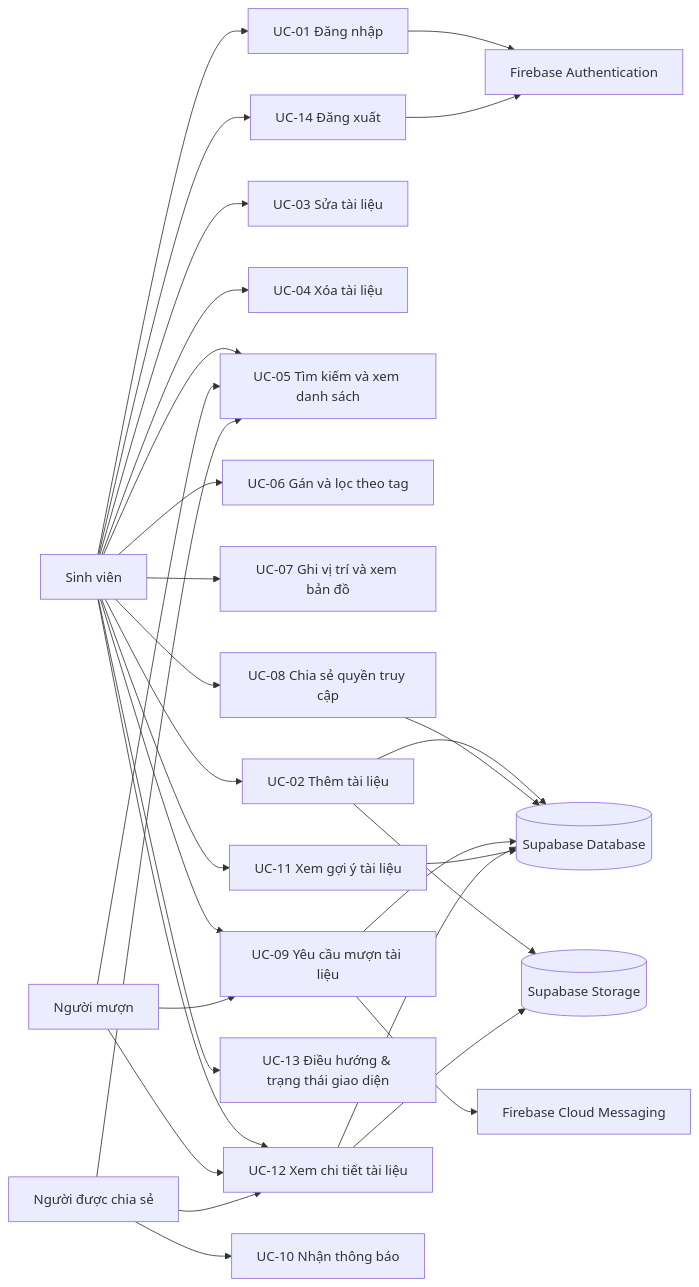
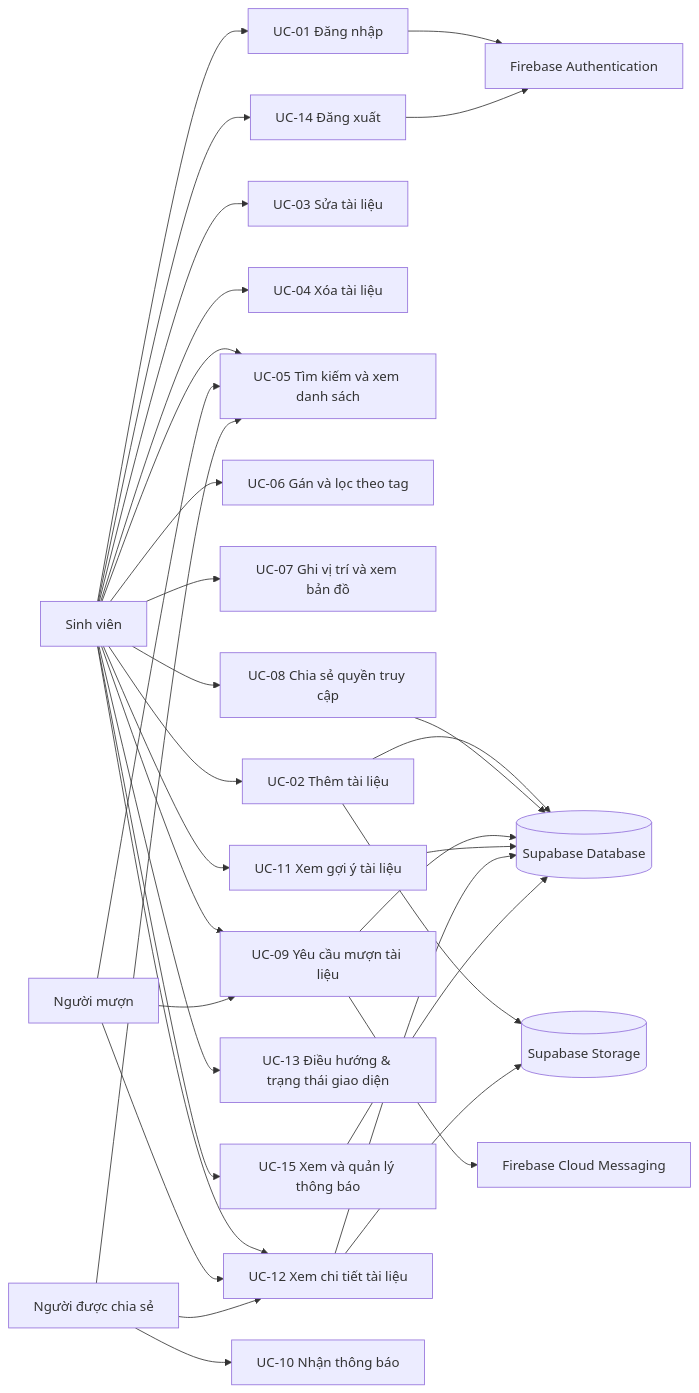
One commit to Minh-lab/document-management changed the diagram in nhom03-65ktpm/docs/DAC_TA_USECASE.md. Above: the diagram before and after it, drawn with Mermaid. The commit also changed other lines of this file and 8 other files, not shown here.

````diff
--- a/nhom03-65ktpm/docs/DAC_TA_USECASE.md
+++ b/nhom03-65ktpm/docs/DAC_TA_USECASE.md
@@ -29,34 +30,36 @@
 ```mermaid
 graph LR
   U[Sinh viên] --> UC01[UC-01 Đăng nhập]
   U --> UC02[UC-02 Thêm tài liệu]
   U --> UC03[UC-03 Sửa tài liệu]
   U --> UC04[UC-04 Xóa tài liệu]
   U --> UC05[UC-05 Tìm kiếm và xem danh sách]
   U --> UC06[UC-06 Gán và lọc theo tag]
   U --> UC07[UC-07 Ghi vị trí và xem bản đồ]
   U --> UC08[UC-08 Chia sẻ quyền truy cập]
   U --> UC09[UC-09 Yêu cầu mượn tài liệu]
   U --> UC11[UC-11 Xem gợi ý tài liệu]
   U --> UC12[UC-12 Xem chi tiết tài liệu]
   U --> UC13[UC-13 Điều hướng & trạng thái giao diện]
   U --> UC14[UC-14 Đăng xuất]
+  U --> UC15[UC-15 Xem và quản lý thông báo]
 
   B[Người mượn] --> UC09
   B --> UC05
   B --> UC12
   C[Người được chia sẻ] --> UC05
   C --> UC12
   C --> UC10[UC-10 Nhận thông báo]
 
   UC02 --> S[(Supabase Database)]
   UC02 --> ST[(Supabase Storage)]
   UC08 --> S
   UC09 --> S
   UC09 --> FCM[Firebase Cloud Messaging]
   UC11 --> S
   UC12 --> S
   UC12 --> ST
+  UC15 --> S
   UC01 --> FA[Firebase Authentication]
   UC14 --> FA
 ```
````
